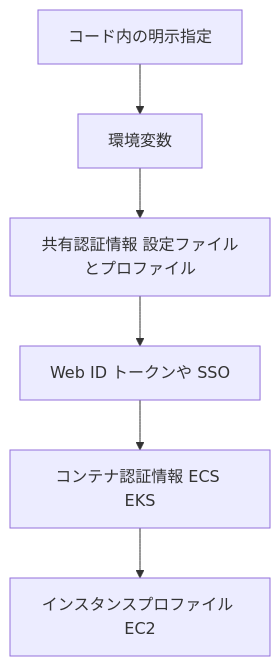
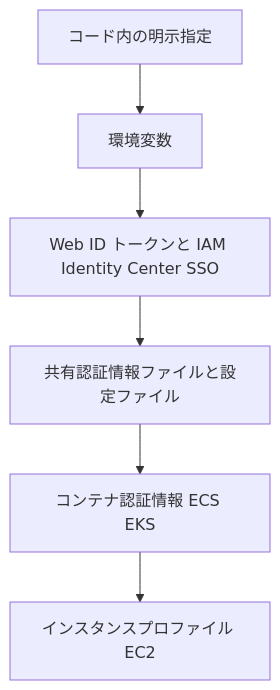
Diagram 15 of 20 in Dva-c02-domain1-development-with-aws-services-guide.md (myoshi2891/Cloud-Infrastructure-and-Network-Studies), drawn with Mermaid before and after one commit. The commit also changed other lines of this file, not shown here.

Commit message:
docs(aws): align boto3 credential chain order and note Q Developer new signup cutoff

````diff
--- a/Dva-c02-domain1-development-with-aws-services-guide.md
+++ b/Dva-c02-domain1-development-with-aws-services-guide.md
@@ -764,8 +764,8 @@
 ```mermaid
 flowchart TD
     A["コード内の明示指定"] --> B["環境変数"]
-    B --> C["共有認証情報 設定ファイルとプロファイル"]
-    C --> D["Web ID トークンや SSO"]
-    D --> E["コンテナ認証情報 ECS EKS"]
+    B --> D["Web ID トークンと IAM Identity Center SSO"]
+    D --> C["共有認証情報ファイルと設定ファイル"]
+    C --> E["コンテナ認証情報 ECS EKS"]
     E --> F["インスタンスプロファイル EC2"]
 ```
````
